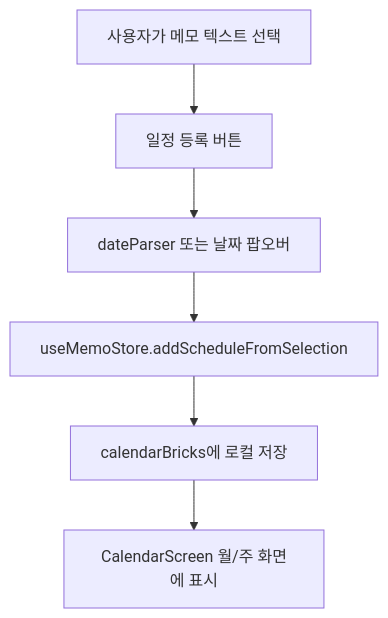
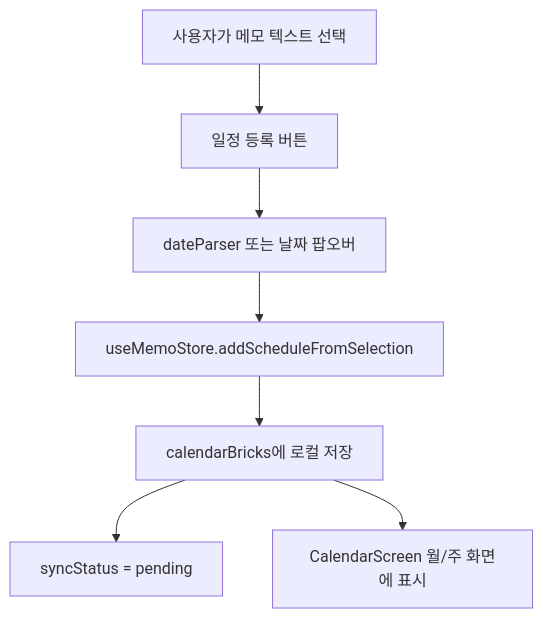
The second of 12 diagrams in docs/flow.md (SUNGHOONOH/Subnota), drawn with Mermaid before and after one commit. The commit also changed other lines of this file and 93 other files, not shown here.

````diff
--- a/docs/flow.md
+++ b/docs/flow.md
@@ -29,8 +29,9 @@
 ```mermaid
 flowchart TD
   A["사용자가 메모 텍스트 선택"] --> B["일정 등록 버튼"]
   B --> C["dateParser 또는 날짜 팝오버"]
   C --> D["useMemoStore.addScheduleFromSelection"]
   D --> E["calendarBricks에 로컬 저장"]
+  E --> S["syncStatus = pending"]
   E --> F["CalendarScreen 월/주 화면에 표시"]
 ```
````
